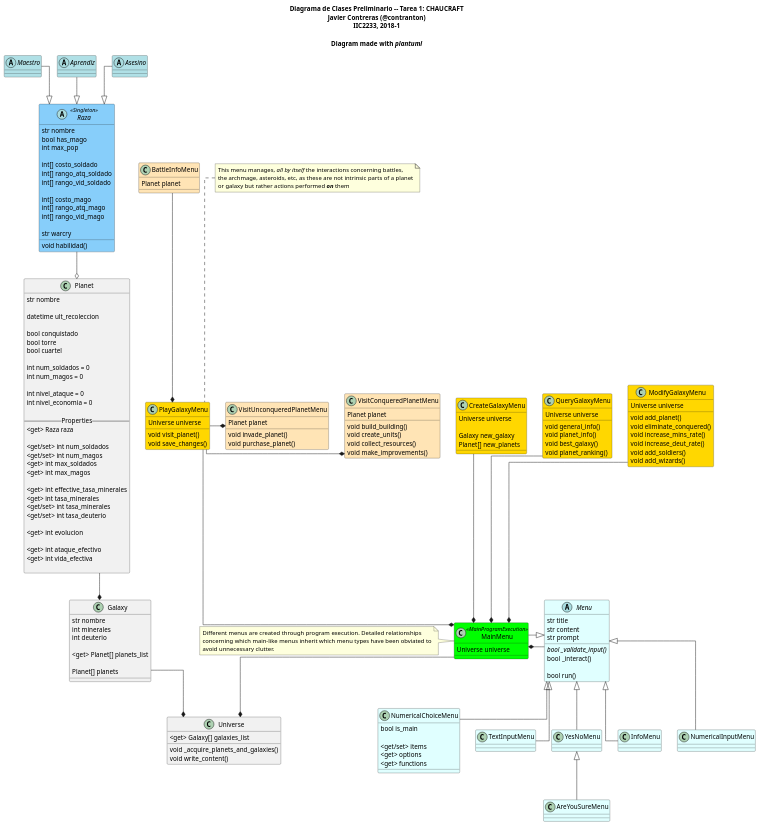
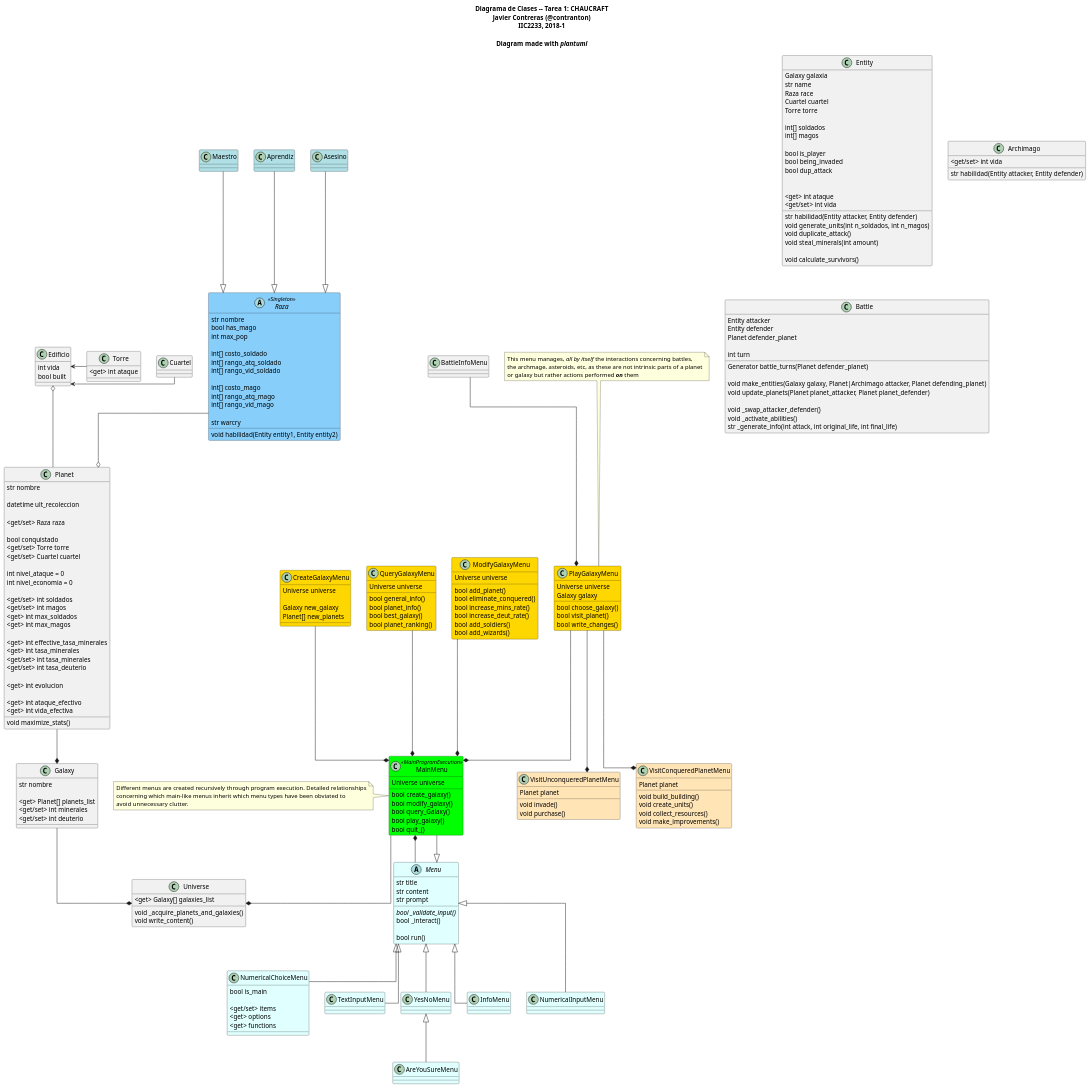
One commit to contranton/IIC2233 changed the diagram in Tareas/T01/uml_classes.puml. Above: the diagram before and after it, drawn with PlantUML. The commit also changed 4 other files, not shown here.

```diff
--- a/Tareas/T01/uml_classes.puml
+++ b/Tareas/T01/uml_classes.puml
@@ -5,7 +5,7 @@
 	  BackgroundColor<< MainProgramExecution>> Lime
 }
 
-title Diagrama de Clases Preliminario -- Tarea 1: CHAUCRAFT\nJavier Contreras (@contranton)\nIIC2233, 2018-1\n\nDiagram made with <i>plantuml</i>
+title Diagrama de Clases -- Tarea 1: CHAUCRAFT\nJavier Contreras (@contranton)\nIIC2233, 2018-1\n\nDiagram made with <i>plantuml</i>
 
 class Universe{
       
@@ -17,34 +17,42 @@
 
 class Galaxy{
       str nombre
-      int minerales
-      int deuterio
       
       <get> Planet[] planets_list
+      <get/set> int minerales
+      <get/set> int deuterio
+}
 
-      Planet[] planets
+Class Edificio{
+      int vida
+      bool built
 }
+
+Class Cuartel
+
+Class Torre{
+      <get> int ataque
+}
+
+Edificio <- Cuartel
+Edificio <- Torre
 
 Class Planet{
       str nombre
 
       datetime ult_recoleccion
 
+      <get/set> Raza raza
+
       bool conquistado
-      bool torre
-      bool cuartel
-
-      int num_soldados = 0
-      int num_magos = 0
+      <get/set> Torre torre
+      <get/set> Cuartel cuartel
 
       int nivel_ataque = 0
       int nivel_economia = 0
 
-      -- Properties --
-      <get> Raza raza
-
-      <get/set> int num_soldados 
-      <get/set> int num_magos
+      <get/set> int soldados 
+      <get/set> int magos
       <get> int max_soldados
       <get> int max_magos
       
@@ -58,12 +66,14 @@
       <get> int ataque_efectivo
       <get> int vida_efectiva
 
+      void maximize_stats()
+
 }
+
+Edificio o-- Planet
 
 Planet --* Galaxy
 Galaxy --* Universe
-
-' Soldiers and mages will inherit from these:
 
 abstract Class Raza<< Singleton >> #lightskyblue{
 
@@ -81,14 +91,14 @@
 
 	 str warcry
 
-	 void habilidad()
+	 void habilidad(Entity entity1, Entity entity2)
 }
 
-abstract Class Maestro #powderblue
+ Class Maestro #powderblue
 
-abstract Class Aprendiz #powderblue
+ Class Aprendiz #powderblue
 
-abstract Class Asesino #powderblue
+ Class Asesino #powderblue
 
 Maestro --^ Raza
 Aprendiz --^ Raza
@@ -138,6 +148,12 @@
 
 class MainMenu << MainProgramExecution >>{
       Universe universe
+
+      bool create_galaxy()
+      bool modify_galaxy()
+      bool query_Galaxy()
+      bool play_galaxy()
+      bool quit_()
 }
 
 class CreateGalaxyMenu #gold{
@@ -148,7 +164,7 @@
 }
 
 note left of MainMenu
-     Different menus are created through program execution. Detailed relationships
+     Different menus are created recursively through program execution. Detailed relationships
      concerning which main-like menus inherit which menu types have been obviated to
      avoid unnecessary clutter.
 end note
@@ -156,28 +172,30 @@
 class QueryGalaxyMenu #gold{
       Universe universe
 
-      void general_info()
-      void planet_info()
-      void best_galaxy()
-      void planet_ranking()
+      bool general_info()
+      bool planet_info()
+      bool best_galaxy()
+      bool planet_ranking()
 }
 
 class ModifyGalaxyMenu #gold{
       Universe universe
 
-      void add_planet()
-      void eliminate_conquered()
-      void increase_mins_rate()
-      void increase_deut_rate()
-      void add_soldiers()
-      void add_wizards()
+      bool add_planet()
+      bool eliminate_conquered()
+      bool increase_mins_rate()
+      bool increase_deut_rate()
+      bool add_soldiers()
+      bool add_wizards()
 }
 
 class PlayGalaxyMenu #gold{
       Universe universe
+      Galaxy galaxy
 
-      void visit_planet()
-      void save_changes()
+      bool choose_galaxy()
+      bool visit_planet()
+      bool write_changes()
 }
 
 class VisitConqueredPlanetMenu #moccasin {
@@ -192,21 +210,18 @@
 class VisitUnconqueredPlanetMenu #moccasin {
       Planet planet
       
-      void invade_planet()
-      void purchase_planet()
+      void invade()
+      void purchase()
 }
 
-class BattleInfoMenu #moccasin{
-      Planet planet
-}
 
-PlayGalaxyMenu -right-* VisitConqueredPlanetMenu
-PlayGalaxyMenu -right-* VisitUnconqueredPlanetMenu
+PlayGalaxyMenu --* VisitConqueredPlanetMenu
+PlayGalaxyMenu --* VisitUnconqueredPlanetMenu
 
 BattleInfoMenu --* PlayGalaxyMenu
 
 
-Menu ^-left- MainMenu
+Menu ^-- MainMenu
 MainMenu *-- Menu
 
 MainMenu --* Universe
@@ -226,3 +241,51 @@
      the archmage, asteroids, etc, as these are not intrinsic parts of a planet
      or galaxy but rather actions performed <i><b>on</b></i> them
 end note
+
+Class Entity{
+      Galaxy galaxia
+      str name
+      Raza race
+      Cuartel cuartel
+      Torre torre
+      
+      int[] soldados
+      int[] magos
+
+      bool is_player
+      bool being_invaded
+      bool dup_attack
+
+      str habilidad(Entity attacker, Entity defender)
+      void generate_units(int n_soldados, int n_magos)
+
+      <get> int ataque
+      <get/set> int vida
+
+      void duplicate_attack()
+      void steal_minerals(int amount)
+
+      void calculate_survivors()
+}
+
+Class Archimago{
+      <get/set> int vida
+      str habilidad(Entity attacker, Entity defender)
+}
+
+Class Battle{
+      Entity attacker
+      Entity defender
+      Planet defender_planet
+
+      int turn
+
+      Generator battle_turns(Planet defender_planet)
+
+      void make_entities(Galaxy galaxy, Planet|Archimago attacker, Planet defending_planet)
+      void update_planets(Planet planet_attacker, Planet planet_defender)
+
+      void _swap_attacker_defender()
+      void _activate_abilities()
+      str _generate_info(int attack, int original_life, int final_life)
+}
```
